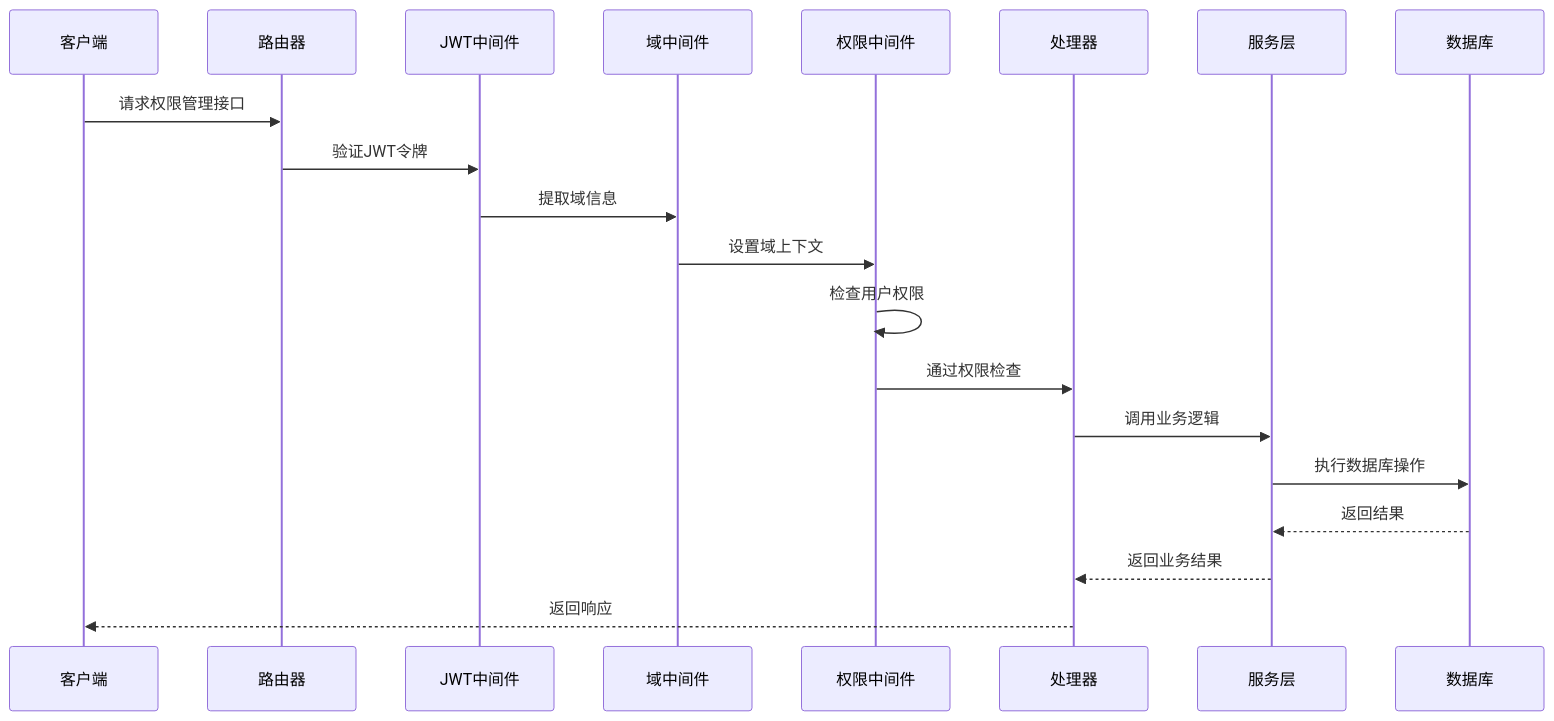
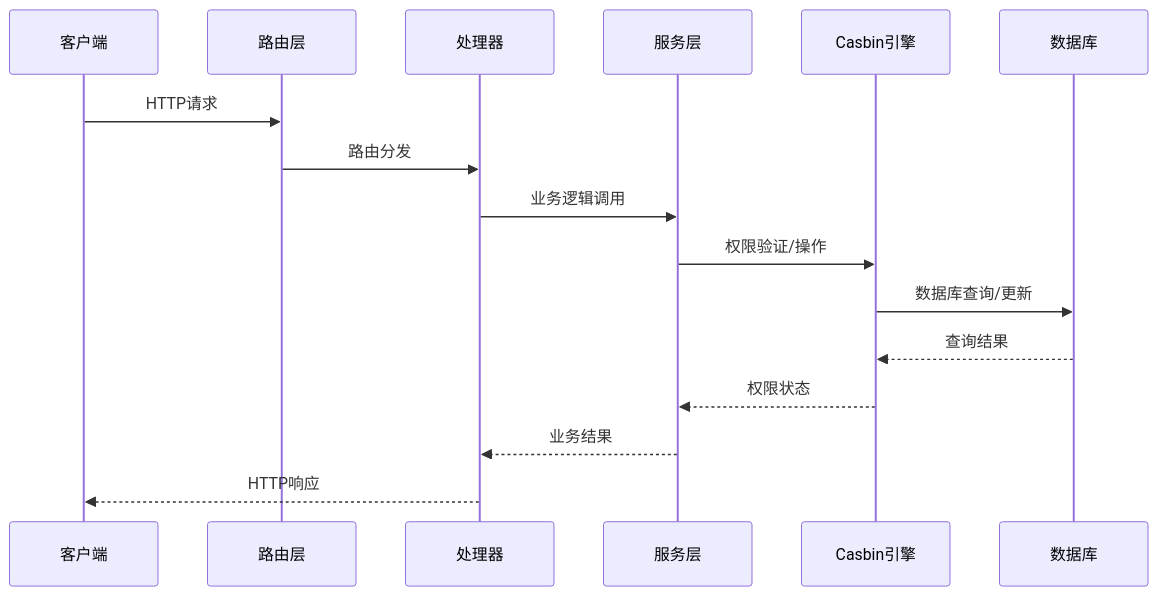
Before and after one commit to wuwuseo/e-sports-go-admin: the second of 5 diagrams in .qoder/repowiki/zh/content/API接口文档/角色权限管理接口.md, drawn with Mermaid. The commit also changed other lines of this file and 141 other files, not shown here.

````diff
--- a/.qoder/repowiki/zh/content/API接口文档/角色权限管理接口.md
+++ b/.qoder/repowiki/zh/content/API接口文档/角色权限管理接口.md
@@ -96,22 +93,18 @@
 ```mermaid
 sequenceDiagram
 participant Client as 客户端
-participant Router as 路由器
-participant JWT as JWT中间件
-participant Domain as 域中间件
-participant Perm as 权限中间件
+participant Router as 路由层
 participant Handler as 处理器
 participant Service as 服务层
+participant Casbin as Casbin引擎
 participant DB as 数据库
-Client->>Router : 请求权限管理接口
-Router->>JWT : 验证JWT令牌
-JWT->>Domain : 提取域信息
-Domain->>Perm : 设置域上下文
-Perm->>Perm : 检查用户权限
-Perm->>Handler : 通过权限检查
-Handler->>Service : 调用业务逻辑
-Service->>DB : 执行数据库操作
-DB-->>Service : 返回结果
-Service-->>Handler : 返回业务结果
-Handler-->>Client : 返回响应
+Client->>Router : HTTP请求
+Router->>Handler : 路由分发
+Handler->>Service : 业务逻辑调用
+Service->>Casbin : 权限验证/操作
+Casbin->>DB : 数据库查询/更新
+DB-->>Casbin : 查询结果
+Casbin-->>Service : 权限状态
+Service-->>Handler : 业务结果
+Handler-->>Client : HTTP响应
 ```
````
